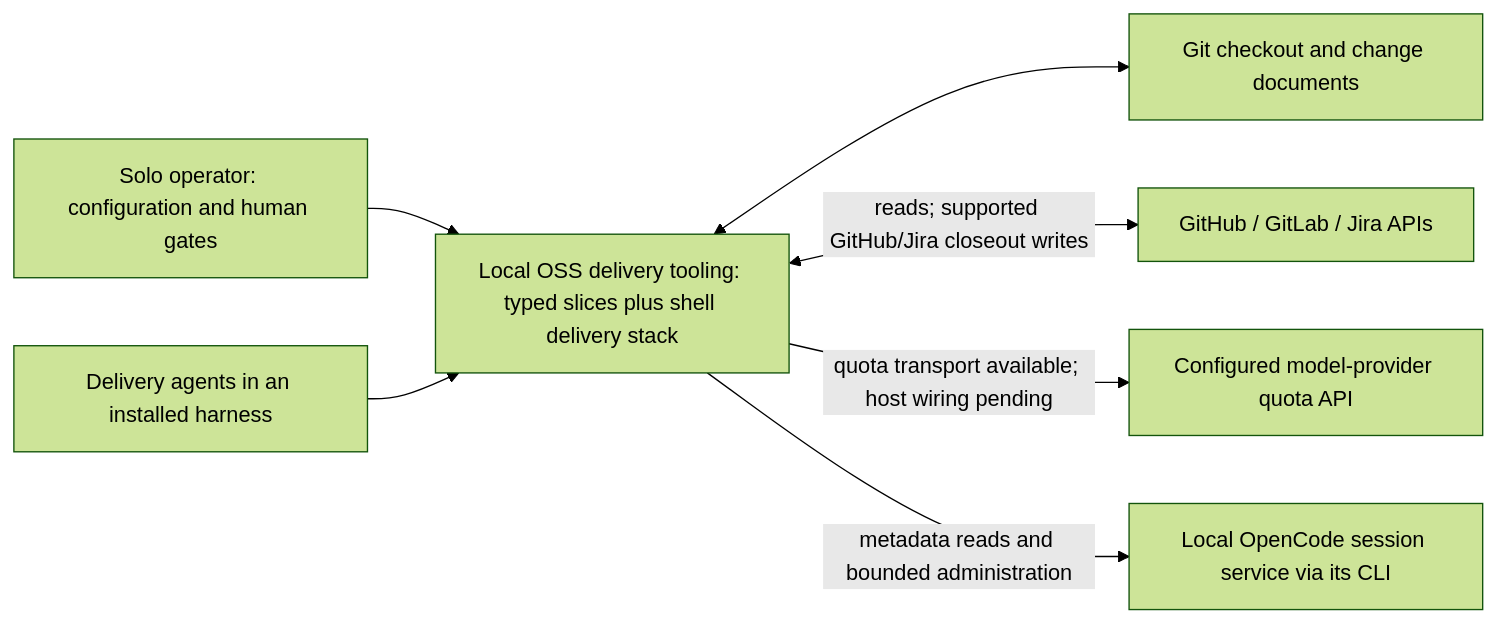
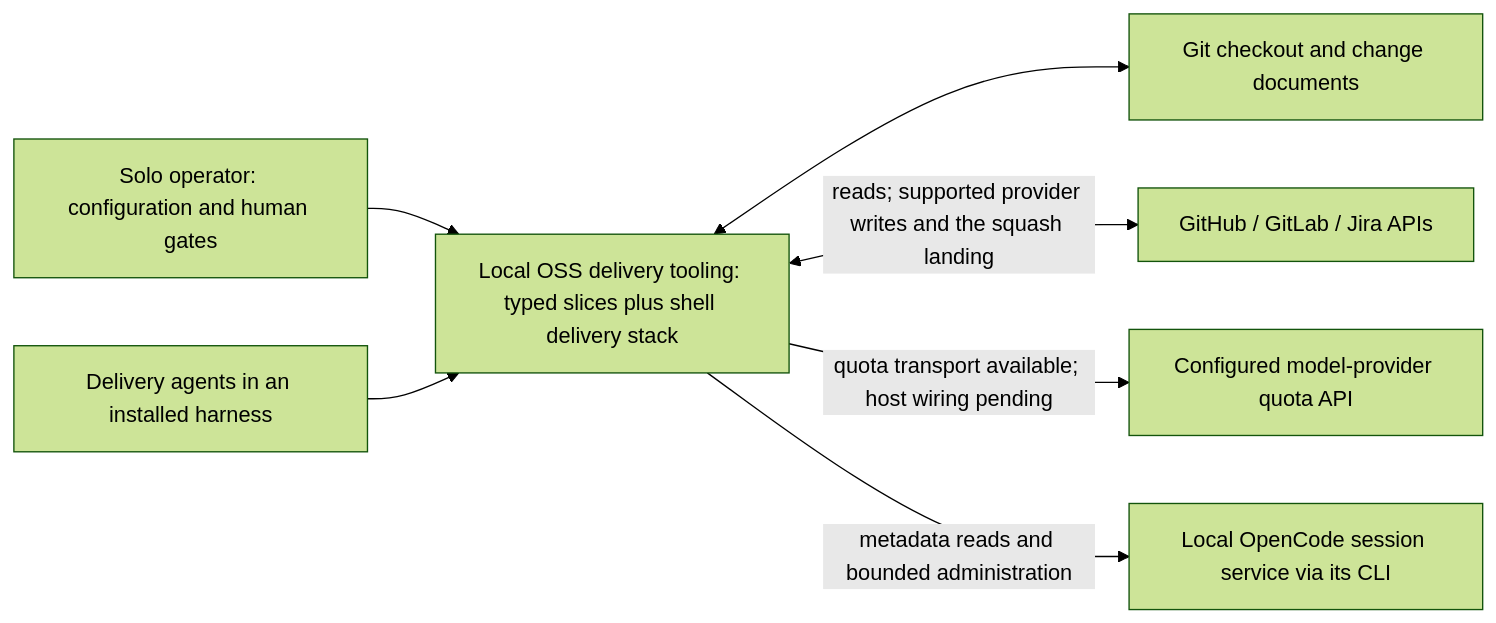
Before and after one commit to juliusz-cwiakalski/agentic-delivery-os: the first of 2 diagrams in doc/overview/architecture-overview.md, drawn with Mermaid (forest theme). The commit also changed other lines of this file and 17 other files, not shown here.

````diff
--- a/doc/overview/architecture-overview.md
+++ b/doc/overview/architecture-overview.md
@@ -35,16 +35,16 @@
 ```mermaid
 flowchart LR
   Operator["Solo operator: configuration and human gates"]
   Agents["Delivery agents in an installed harness"]
   Tooling["Local OSS delivery tooling: typed slices plus shell delivery stack"]
   Repo["Git checkout and change documents"]
   Providers["GitHub / GitLab / Jira APIs"]
   Quota["Configured model-provider quota API"]
   Sessions["Local OpenCode session service via its CLI"]
   Operator --> Tooling
   Agents --> Tooling
   Tooling <--> Repo
-   Tooling <-->|"reads; supported GitHub/Jira closeout writes"| Providers
+   Tooling <-->|"reads; supported provider writes and the squash landing"| Providers
   Tooling -->|"quota transport available; host wiring pending"| Quota
   Tooling -->|"metadata reads and bounded administration"| Sessions
 ```
````
